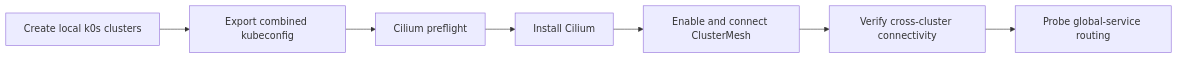
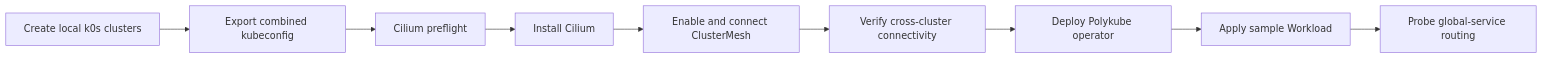
One commit to Kismet-Engineering/polykube changed the diagram in docs/getting-started.md. Above: the diagram before and after it, drawn with Mermaid. The commit also changed other lines of this file and 4 other files, not shown here.

````diff
--- a/docs/getting-started.md
+++ b/docs/getting-started.md
@@ -26,9 +26,11 @@
 ```mermaid
 flowchart LR
     Create[Create local k0s clusters] --> Kubeconfig[Export combined kubeconfig]
     Kubeconfig --> Preflight[Cilium preflight]
     Preflight --> Install[Install Cilium]
     Install --> Mesh[Enable and connect ClusterMesh]
     Mesh --> Verify[Verify cross-cluster connectivity]
-    Verify --> Probe[Probe global-service routing]
+    Verify --> Operator[Deploy Polykube operator]
+    Operator --> Demo[Apply sample Workload]
+    Demo --> Probe[Probe global-service routing]
 ```
````
